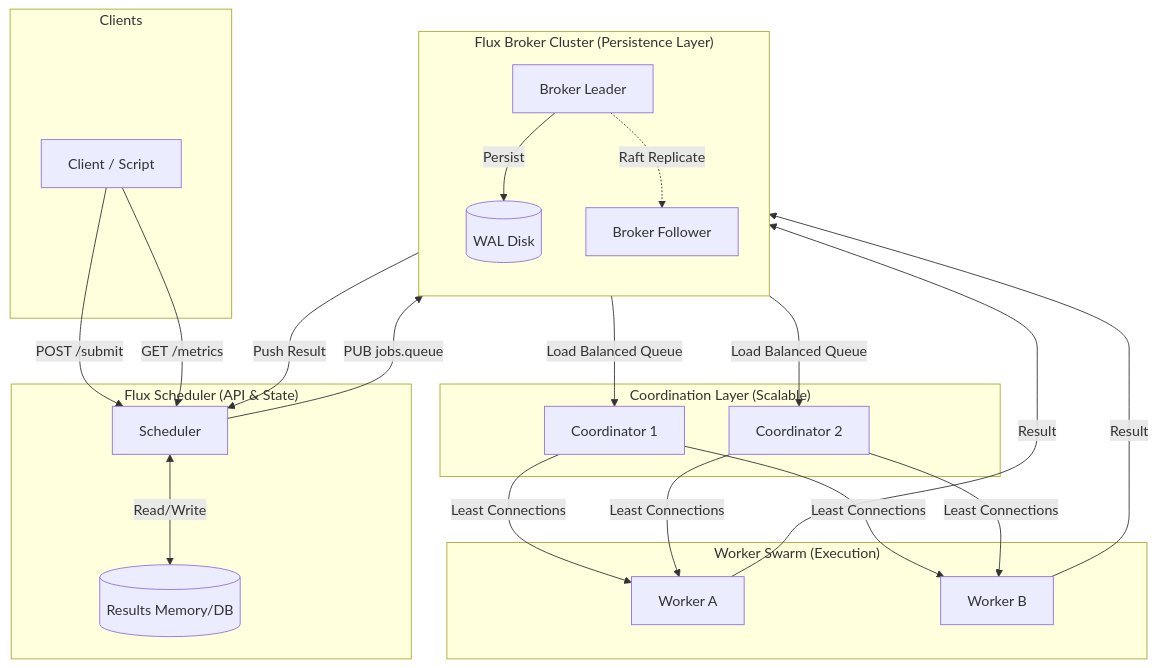
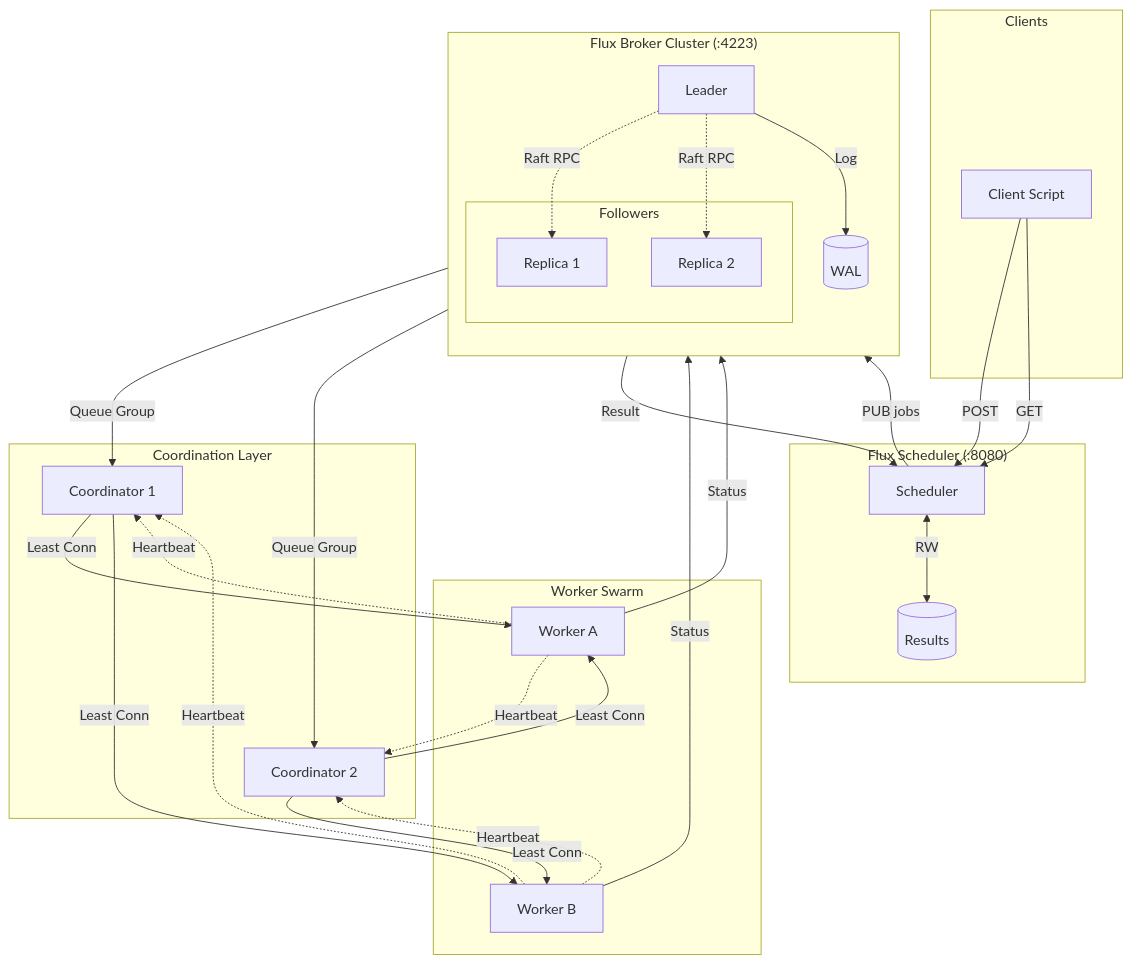
The diagram in README.md (Joyjeet045/Flux), drawn with Mermaid before and after one commit. The commit also changed other lines of this file, not shown here.

Commit message:
Improve Readme.md

````diff
--- a/README.md
+++ b/README.md
@@ -74,40 +74,55 @@
 ```mermaid
 graph TD
+    %% -- Client Layer --
     subgraph Clients
-        User[Client / Script]
+        User[Client Script]
     end
 
-    subgraph "Flux Scheduler (API & State)"
+    %% -- Scheduler Layer --
+    subgraph "Flux Scheduler (:8080)"
         Scheduler
-        ResultsStore[(Results Memory/DB)]
-        Scheduler <-->|Read/Write| ResultsStore
+        Results[(Results)]
+        Scheduler <-->|RW| Results
     end
 
-    User -->|POST /submit| Scheduler
-    User -->|GET /metrics| Scheduler
+    User -->|POST| Scheduler
+    User -->|GET| Scheduler
 
-    subgraph "Flux Broker Cluster (Persistence Layer)"
+    %% -- Broker Cluster (Raft) --
+    subgraph "Flux Broker Cluster (:4223)"
         direction TB
-        BrokerL[Broker Leader]
-        WAL[(WAL Disk)]
-        BrokerF[Broker Follower]
+        BrokerL[Leader]
+        WAL[(WAL)]
         
-        BrokerL -->|Persist| WAL
-        BrokerL -.->|Raft Replicate| BrokerF
+        subgraph Followers
+            F1[Replica 1]
+            F2[Replica 2]
+        end
+        
+        BrokerL -->|Log| WAL
+        BrokerL -.->|Raft RPC| F1
+        BrokerL -.->|Raft RPC| F2
     end
 
-    Scheduler -->|PUB jobs.queue| BrokerL
+    Scheduler -->|PUB jobs| BrokerL
 
-    subgraph "Coordination Layer (Scalable)"
-        BrokerL -->|Load Balanced Queue| Coord1[Coordinator 1]
-        BrokerL -->|Load Balanced Queue| Coord2[Coordinator 2]
+    %% -- Coordination --
+    subgraph "Coordination Layer"
+        Coord1[Coordinator 1]
+        Coord2[Coordinator 2]
     end
     
-    subgraph "Worker Swarm (Execution)"
-        Coord1 & Coord2 -->|Least Connections| W1[Worker A]
-        Coord1 & Coord2 -->|Least Connections| W2[Worker B]
+    BrokerL -->|Queue Group| Coord1
+    BrokerL -->|Queue Group| Coord2
+
+    %% -- Execution --
+    subgraph "Worker Swarm"
+        W1[Worker A]
+        W2[Worker B]
     end
 
-    W1 & W2 -->|Result| BrokerL
-    BrokerL -->|Push Result| Scheduler
+    Coord1 & Coord2 -->|Least Conn| W1 & W2
+    W1 & W2 -.->|Heartbeat| Coord1 & Coord2
+    W1 & W2 -->|Status| BrokerL
+    BrokerL -->|Result| Scheduler
 ```
````
